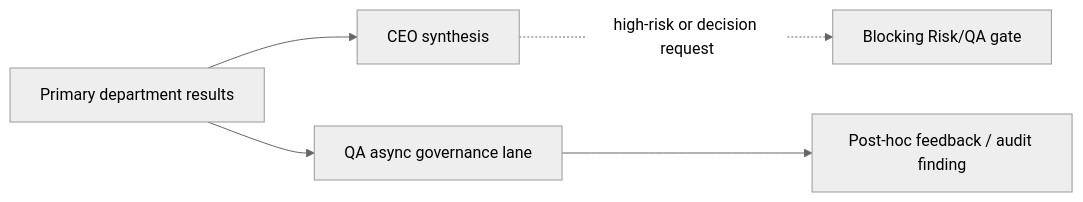
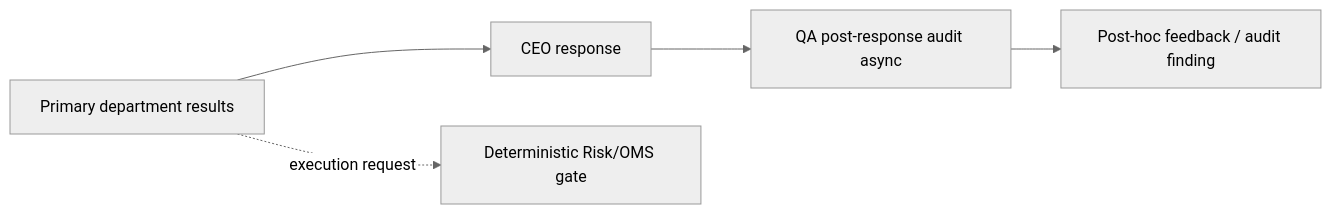
The first of 3 diagrams in docs/02-engineering/FINAL_RUNTIME_ARCHITECTURE.md (HgFinance/multi_agent), drawn with Mermaid (neutral theme) before and after one commit. The commit also changed other lines of this file and 78 other files, not shown here.

Commit message:
feat: harden runtime wiring and observability flows

````diff
--- a/docs/02-engineering/FINAL_RUNTIME_ARCHITECTURE.md
+++ b/docs/02-engineering/FINAL_RUNTIME_ARCHITECTURE.md
@@ -68,7 +64,7 @@
 ```mermaid
 flowchart LR
-    P[Primary department results] --> C[CEO synthesis]
-    P --> Q[QA async governance lane]
+    P[Primary department results] --> C[CEO response]
+    C --> Q[QA post-response audit async]
     Q --> F[Post-hoc feedback / audit finding]
-    C -. high-risk or decision request .-> B[Blocking Risk/QA gate]
+    P -. execution request .-> B[Deterministic Risk/OMS gate]
 ```
````
